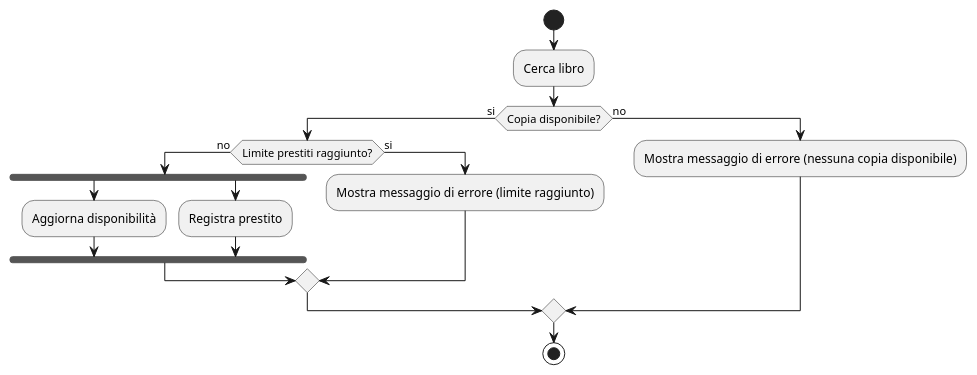
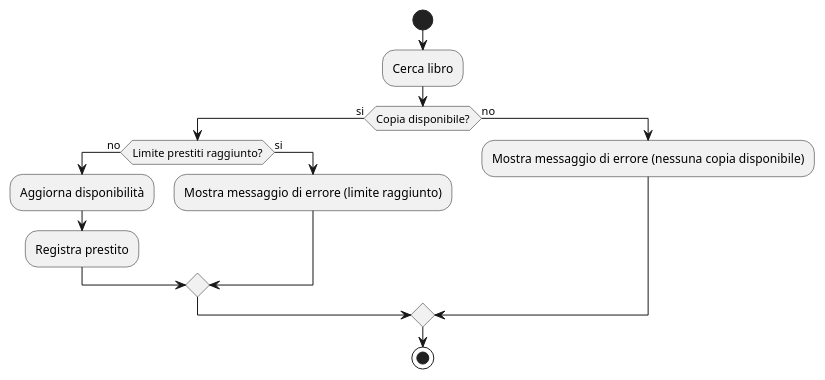
Before and after one commit to Meziu/easylibrary: the diagram in docs/uml/DiagrammiAttività/DiagrammaAttivitàPrestito.puml, drawn with PlantUML.

Commit message:
Modifica diagramma attività prestito

```diff
--- a/docs/uml/DiagrammiAttività/DiagrammaAttivitàPrestito.puml
+++ b/docs/uml/DiagrammiAttività/DiagrammaAttivitàPrestito.puml
@@ -1,18 +1,15 @@
 @startuml
 start
 :Cerca libro;
 if (Copia disponibile?) then (si)
     if(Limite prestiti raggiunto?) then (no)
-        fork
         :Aggiorna disponibilità;
-        fork again
         :Registra prestito;
-        end fork
     else (si)
         :Mostra messaggio di errore (limite raggiunto);
     endif
 else (no)
     :Mostra messaggio di errore (nessuna copia disponibile);
 endif
 stop
 @enduml
```
